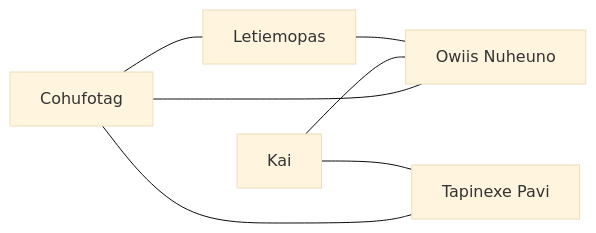
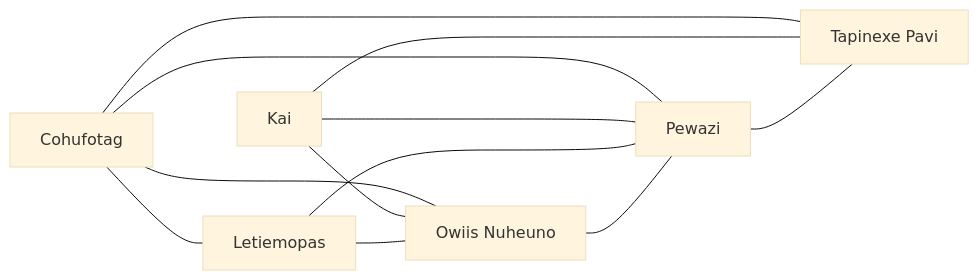
One commit to bsmr/Stars-Reach-Notes changed the diagram in Sectors.md. Above: the diagram before and after it, drawn with Mermaid (base theme). The commit also changed other lines of this file and 11 other files, not shown here.

````diff
--- a/Sectors.md
+++ b/Sectors.md
@@ -5,14 +5,20 @@
 ```mermaid
 graph LR
   Cohufotag["Cohufotag"]
   Kai["Kai"]
   Letiemopas["Letiemopas"]
   Owiis_Nuheuno["Owiis Nuheuno"]
+  Pewazi["Pewazi"]
   Tapinexe_Pavi["Tapinexe Pavi"]
   Cohufotag --- Letiemopas
   Cohufotag --- Owiis_Nuheuno
+  Cohufotag --- Pewazi
   Cohufotag --- Tapinexe_Pavi
   Kai --- Owiis_Nuheuno
+  Kai --- Pewazi
   Kai --- Tapinexe_Pavi
   Letiemopas --- Owiis_Nuheuno
+  Letiemopas --- Pewazi
+  Owiis_Nuheuno --- Pewazi
+  Pewazi --- Tapinexe_Pavi
 ```
````
